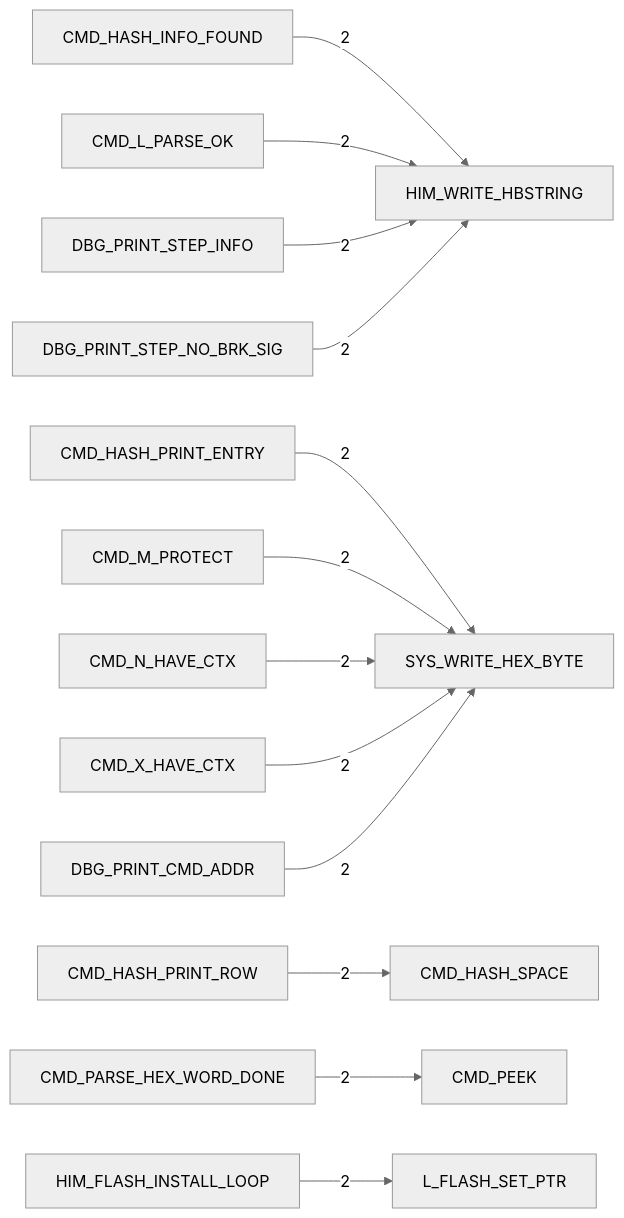
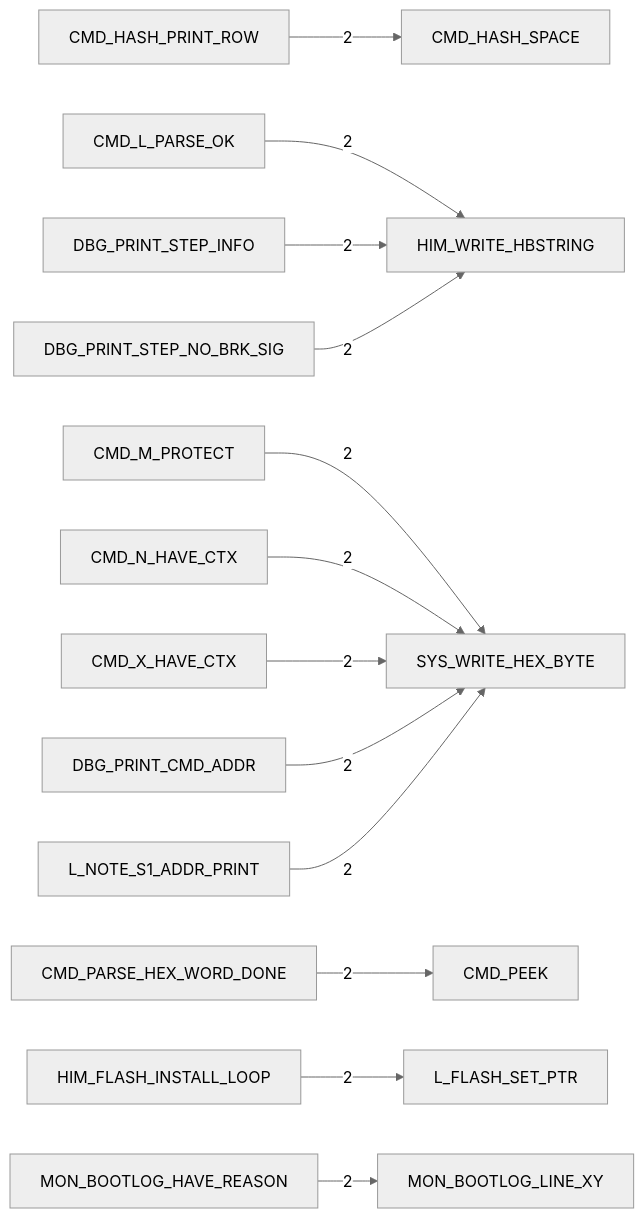
Before and after one commit to 95westus/R-YORS: the fourth of 6 diagrams in DOC/GENERATED/HIMON_COMMAND_MAP.md, drawn with Mermaid (neutral theme). The commit also changed other lines of this file and 94 other files, not shown here.

````diff
--- a/DOC/GENERATED/HIMON_COMMAND_MAP.md
+++ b/DOC/GENERATED/HIMON_COMMAND_MAP.md
@@ -60,15 +60,15 @@
 ```mermaid
 flowchart LR
-    N_CMD_HASH_INFO_FOUND[CMD_HASH_INFO_FOUND] -->|2| N_HIM_WRITE_HBSTRING[HIM_WRITE_HBSTRING]
-    N_CMD_HASH_PRINT_ENTRY[CMD_HASH_PRINT_ENTRY] -->|2| N_SYS_WRITE_HEX_BYTE[SYS_WRITE_HEX_BYTE]
     N_CMD_HASH_PRINT_ROW[CMD_HASH_PRINT_ROW] -->|2| N_CMD_HASH_SPACE[CMD_HASH_SPACE]
     N_CMD_L_PARSE_OK[CMD_L_PARSE_OK] -->|2| N_HIM_WRITE_HBSTRING[HIM_WRITE_HBSTRING]
     N_CMD_M_PROTECT[CMD_M_PROTECT] -->|2| N_SYS_WRITE_HEX_BYTE[SYS_WRITE_HEX_BYTE]
     N_CMD_N_HAVE_CTX[CMD_N_HAVE_CTX] -->|2| N_SYS_WRITE_HEX_BYTE[SYS_WRITE_HEX_BYTE]
     N_CMD_PARSE_HEX_WORD_DONE[CMD_PARSE_HEX_WORD_DONE] -->|2| N_CMD_PEEK[CMD_PEEK]
     N_CMD_X_HAVE_CTX[CMD_X_HAVE_CTX] -->|2| N_SYS_WRITE_HEX_BYTE[SYS_WRITE_HEX_BYTE]
     N_DBG_PRINT_CMD_ADDR[DBG_PRINT_CMD_ADDR] -->|2| N_SYS_WRITE_HEX_BYTE[SYS_WRITE_HEX_BYTE]
     N_DBG_PRINT_STEP_INFO[DBG_PRINT_STEP_INFO] -->|2| N_HIM_WRITE_HBSTRING[HIM_WRITE_HBSTRING]
     N_DBG_PRINT_STEP_NO_BRK_SIG[DBG_PRINT_STEP_NO_BRK_SIG] -->|2| N_HIM_WRITE_HBSTRING[HIM_WRITE_HBSTRING]
     N_HIM_FLASH_INSTALL_LOOP[HIM_FLASH_INSTALL_LOOP] -->|2| N_L_FLASH_SET_PTR[L_FLASH_SET_PTR]
+    N_L_NOTE_S1_ADDR_PRINT[L_NOTE_S1_ADDR_PRINT] -->|2| N_SYS_WRITE_HEX_BYTE[SYS_WRITE_HEX_BYTE]
+    N_MON_BOOTLOG_HAVE_REASON[MON_BOOTLOG_HAVE_REASON] -->|2| N_MON_BOOTLOG_LINE_XY[MON_BOOTLOG_LINE_XY]
 ```
````
